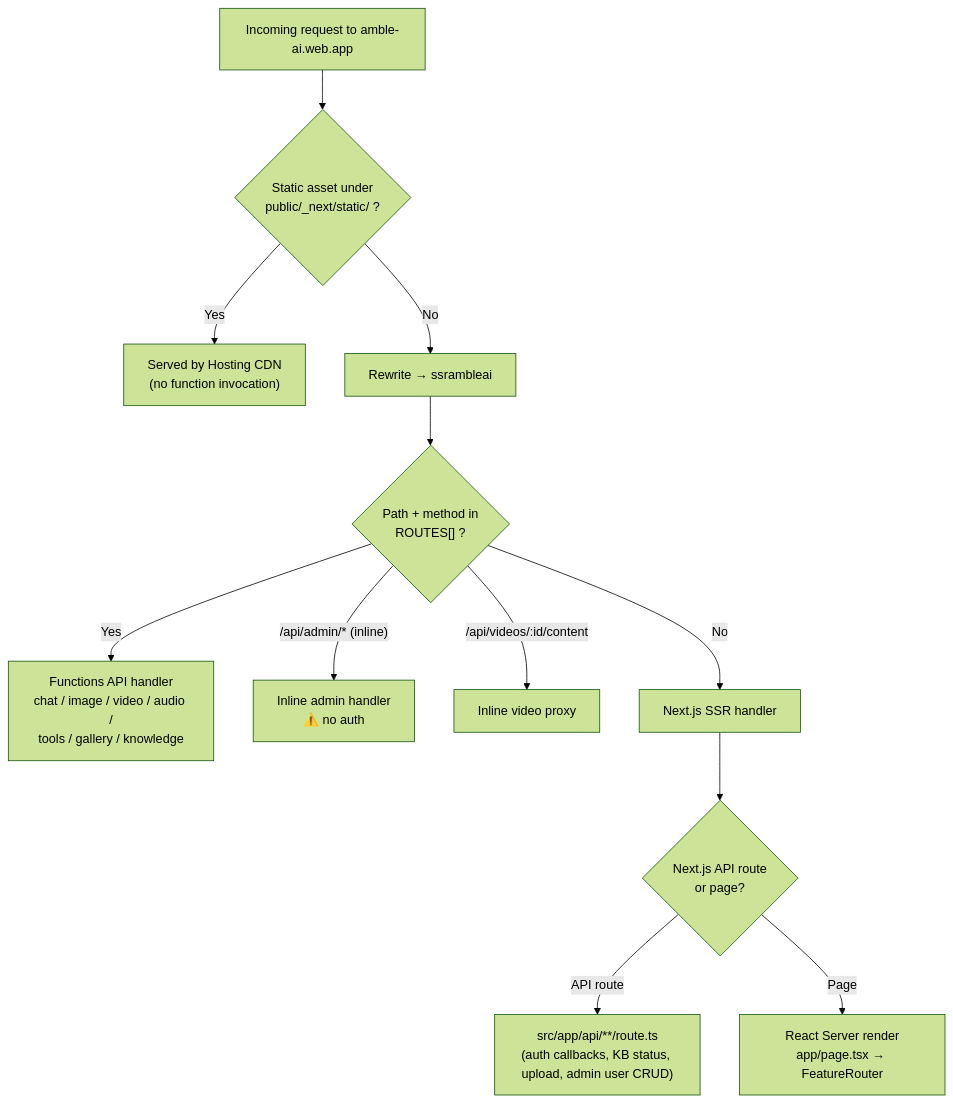
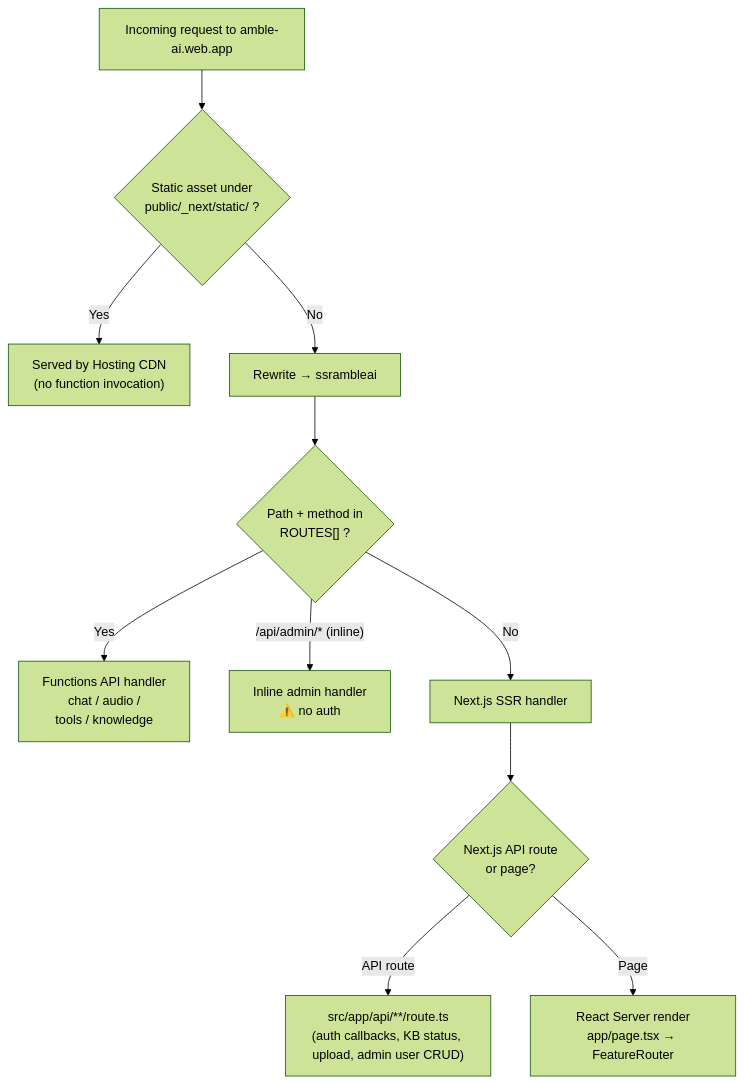
One commit to Havs5/Amble-AI changed the second of 12 diagrams in docs/ARCHITECTURE.md. Above: the diagram before and after it, drawn with Mermaid (forest theme). The commit also changed other lines of this file and 14 other files, not shown here.

````diff
--- a/docs/ARCHITECTURE.md
+++ b/docs/ARCHITECTURE.md
@@ -104,14 +104,13 @@
 ```mermaid
 flowchart TD
     A["Incoming request to amble-ai.web.app"] --> B{"Static asset under<br/>public/_next/static/ ?"}
     B -->|Yes| C["Served by Hosting CDN<br/>(no function invocation)"]
     B -->|No| D["Rewrite → ssrambleai"]
     D --> E{"Path + method in<br/>ROUTES[] ?"}
-    E -->|Yes| F["Functions API handler<br/>chat / image / video / audio /<br/>tools / gallery / knowledge"]
+    E -->|Yes| F["Functions API handler<br/>chat / audio /<br/>tools / knowledge"]
     E -->|"/api/admin/* (inline)"| G["Inline admin handler<br/>⚠️ no auth"]
-    E -->|"/api/videos/:id/content"| H["Inline video proxy"]
     E -->|No| I["Next.js SSR handler"]
     I --> J{"Next.js API route<br/>or page?"}
     J -->|API route| K["src/app/api/**/route.ts<br/>(auth callbacks, KB status, upload, admin user CRUD)"]
     J -->|Page| L["React Server render<br/>app/page.tsx → FeatureRouter"]
 ```
````
